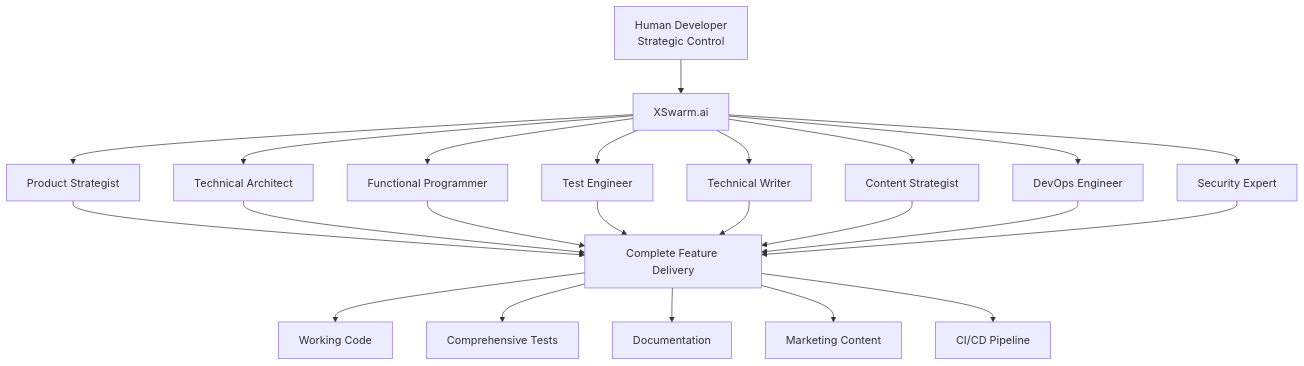
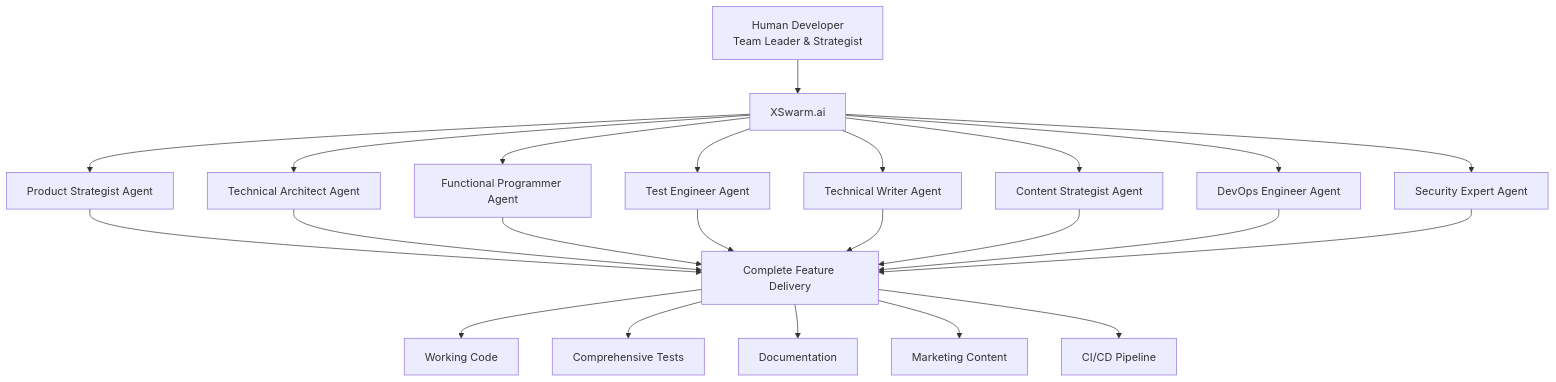
The first of 6 diagrams in cli/README.md (chadananda/xswarm), drawn with Mermaid before and after one commit. The commit also changed other lines of this file and 5 other files, not shown here.

First line of the commit message:
Transform messaging from "Team of One" to "AI Team Leader"

````diff
--- a/cli/README.md
+++ b/cli/README.md
@@ -131,27 +131,27 @@
 ```mermaid
 graph TD
-    Dev[Human Developer<br/>Strategic Control] --> XS[XSwarm.ai]
-    XS --> PA[Product Strategist]
-    XS --> TA[Technical Architect]
-    XS --> FP[Functional Programmer]
-    XS --> TE[Test Engineer]
-    XS --> TW[Technical Writer]
-    XS --> CS[Content Strategist]
-    XS --> DO[DevOps Engineer]
-    XS --> SE[Security Expert]
+    Dev[Human Developer<br/>Team Leader & Strategist] --> XS[XSwarm.ai]
+    XS --> PA[Product Strategist Agent]
+    XS --> TA[Technical Architect Agent]
+    XS --> FP[Functional Programmer Agent]
+    XS --> TE[Test Engineer Agent]
+    XS --> TW[Technical Writer Agent]
+    XS --> CS[Content Strategist Agent]
+    XS --> DO[DevOps Engineer Agent]
+    XS --> SE[Security Expert Agent]
 
     PA --> Output[Complete Feature Delivery]
     TA --> Output
     FP --> Output
     TE --> Output
     TW --> Output
     CS --> Output
     DO --> Output
     SE --> Output
 
     Output --> Code[Working Code]
     Output --> Tests[Comprehensive Tests]
     Output --> Docs[Documentation]
     Output --> Marketing[Marketing Content]
     Output --> Deploy[CI/CD Pipeline]
 ```
````
